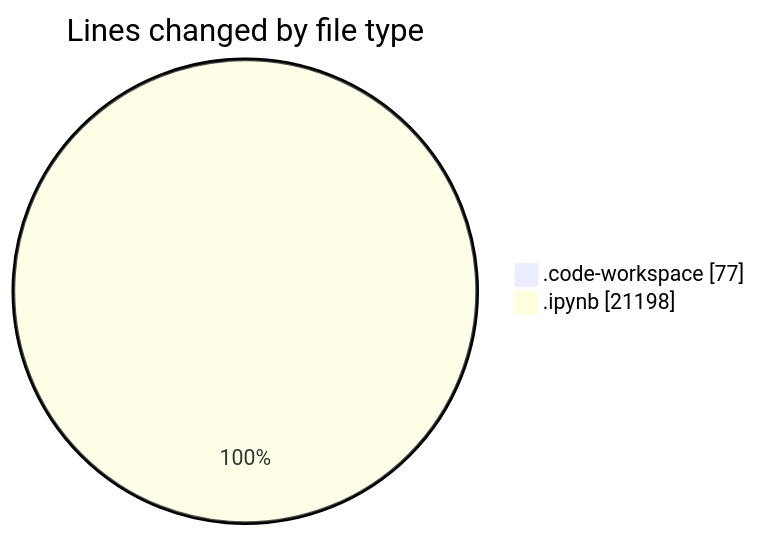
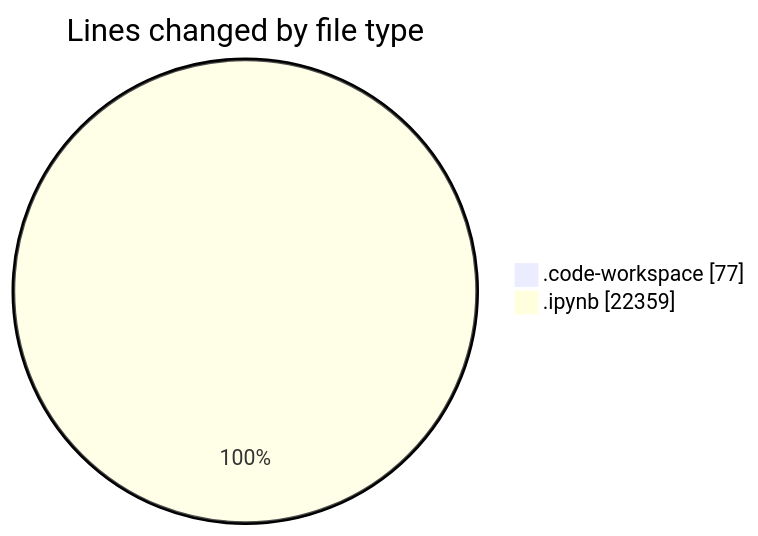
Before and after one commit to MatusMokan/code-tracking: the first of 2 diagrams in 2025-03-14/myws__workspace_/README.md, drawn with Mermaid. The commit also changed other lines of this file and 1 other file, not shown here.

````diff
--- a/2025-03-14/myws__workspace_/README.md
+++ b/2025-03-14/myws__workspace_/README.md
@@ -22,6 +22,6 @@
 ```mermaid
 pie showData
 title Lines changed by file type
 ".code-workspace" : 77
-".ipynb" : 21198
+".ipynb" : 22359
 ```
````
